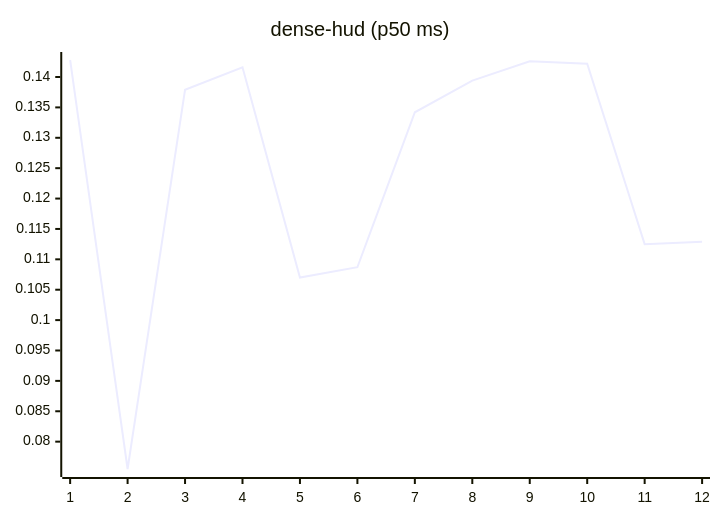
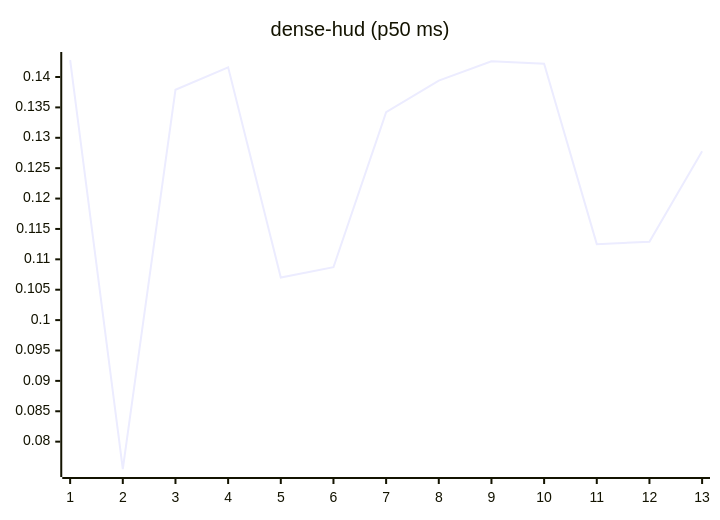
One commit to josha/Facet changed the eighth of 27 diagrams in README.md. Above: the diagram before and after it, drawn with Mermaid. The commit also changed other lines of this file and 2 other files, not shown here.

````diff
--- a/README.md
+++ b/README.md
@@ -112,6 +112,6 @@
 ```mermaid
 xychart-beta
     title "dense-hud (p50 ms)"
-    x-axis 1 --> 12
-    line [0.1428, 0.0755, 0.1379, 0.1416, 0.1070, 0.1087, 0.1342, 0.1394, 0.1426, 0.1422, 0.1125, 0.1129]
+    x-axis 1 --> 13
+    line [0.1428, 0.0755, 0.1379, 0.1416, 0.1070, 0.1087, 0.1342, 0.1394, 0.1426, 0.1422, 0.1125, 0.1129, 0.1278]
 ```
````
